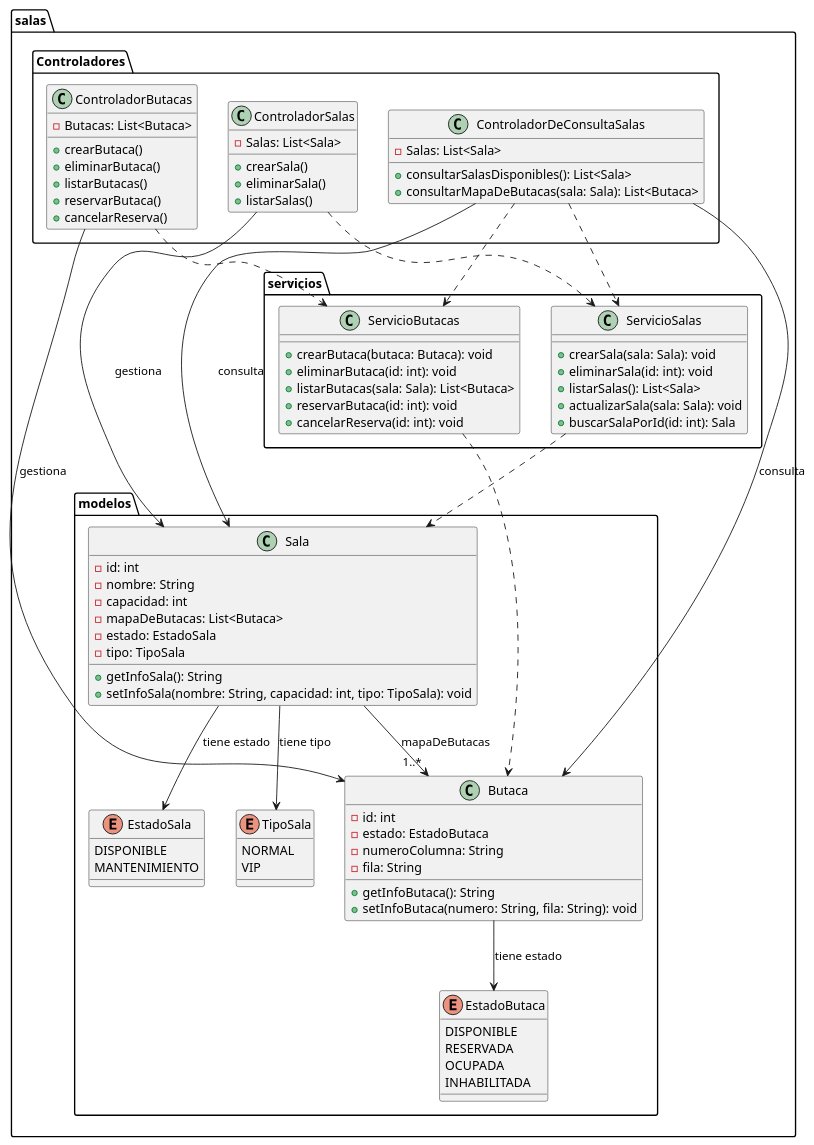
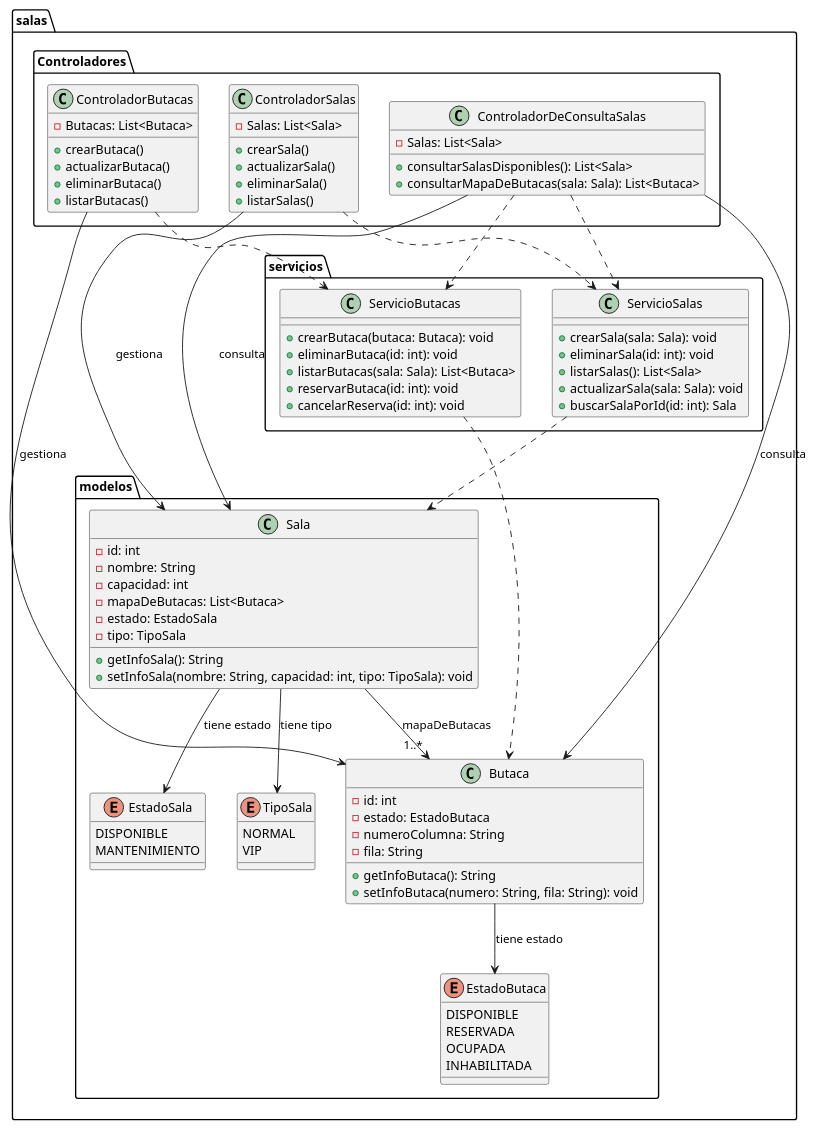
One commit to CineMax-Diseno-De-Software-GR3SW/CineMax changed the diagram in Documentacion/Diagramas/DiagramaIndividualSalas.puml. Above: the diagram before and after it, drawn with PlantUML. The commit also changed 24 other files, not shown here.

```diff
--- a/Documentacion/Diagramas/DiagramaIndividualSalas.puml
+++ b/Documentacion/Diagramas/DiagramaIndividualSalas.puml
@@ -1,108 +1,109 @@
 @startuml
 'https://plantuml.com/class-diagram
 package salas {
 package modelos {
     enum EstadoSala {
         DISPONIBLE
         MANTENIMIENTO
     }
 
     enum TipoSala {
         NORMAL
         VIP
     }
 
     enum EstadoButaca {
         DISPONIBLE
         RESERVADA
         OCUPADA
         INHABILITADA
     }
 
     class Sala {
         - id: int
         - nombre: String
         - capacidad: int
         - mapaDeButacas: List<Butaca>
         - estado: EstadoSala
         - tipo: TipoSala
         + getInfoSala(): String
         + setInfoSala(nombre: String, capacidad: int, tipo: TipoSala): void
     }
 
     class Butaca {
         - id: int
         - estado: EstadoButaca
         - numeroColumna: String
         - fila: String
         + getInfoButaca(): String
         + setInfoButaca(numero: String, fila: String): void
     }
 }
 
 package servicios {
     class ServicioSalas {
         + crearSala(sala: Sala): void
         + eliminarSala(id: int): void
         + listarSalas(): List<Sala>
         + actualizarSala(sala: Sala): void
         + buscarSalaPorId(id: int): Sala
     }
 
     class ServicioButacas {
         + crearButaca(butaca: Butaca): void
         + eliminarButaca(id: int): void
         + listarButacas(sala: Sala): List<Butaca>
         + reservarButaca(id: int): void
         + cancelarReserva(id: int): void
     }
 }
 
 package Controladores {
     class ControladorSalas {
         - Salas: List<Sala>
         + crearSala()
+        + actualizarSala()
         + eliminarSala()
         + listarSalas()
     }
 
     class ControladorButacas {
         - Butacas: List<Butaca>
         + crearButaca()
+        + actualizarButaca()
         + eliminarButaca()
         + listarButacas()
-        + reservarButaca()
-        + cancelarReserva()
+
     }
 
     class ControladorDeConsultaSalas {
         - Salas: List<Sala>
         + consultarSalasDisponibles(): List<Sala>
         + consultarMapaDeButacas(sala: Sala): List<Butaca>
     }
 }
 
 ' Relaciones de controladores a servicios
 ControladorSalas ..> ServicioSalas
 ControladorButacas ..> ServicioButacas
 ControladorDeConsultaSalas ..> ServicioSalas
 ControladorDeConsultaSalas ..> ServicioButacas
 
 ' Relaciones de servicios a modelos
 ServicioSalas ..> Sala
 ServicioButacas ..> Butaca
 
 ' Relaciones existentes
 ControladorSalas --> Sala : gestiona
 ControladorButacas --> Butaca : gestiona
 ControladorDeConsultaSalas --> Sala : consulta
 ControladorDeConsultaSalas --> Butaca : consulta
 
 Sala --> EstadoSala : tiene estado
 Sala --> TipoSala : tiene tipo
 Sala --> "1..*" Butaca : mapaDeButacas
 
 Butaca --> EstadoButaca : tiene estado
 }
 
 @enduml
```
